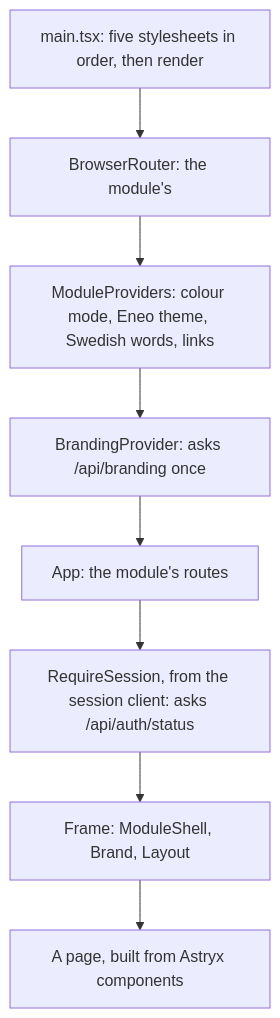
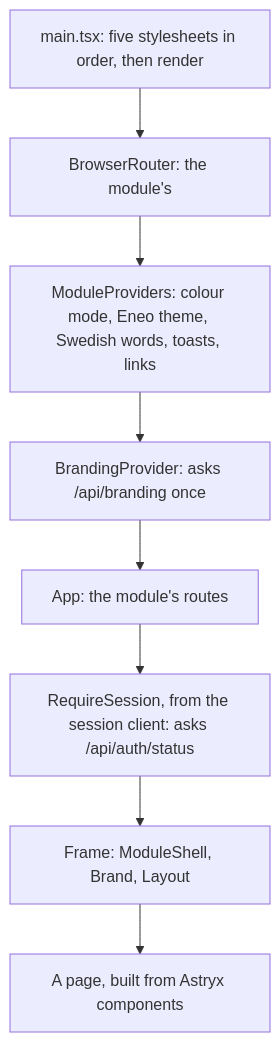
One commit to eneo-ai/eneo-module-kit changed the ninth of 14 diagrams in docs/architecture.md. Above: the diagram before and after it, drawn with Mermaid. The commit also changed 2 other files, not shown here.

Commit message:
docs: toasts in the providers, a sign-out that did not happen, and the keyboard gate

````diff
--- a/docs/architecture.md
+++ b/docs/architecture.md
@@ -237,10 +237,10 @@
 ```mermaid
 flowchart TB
   main["main.tsx: five stylesheets in order, then render"] --> router["BrowserRouter: the module's"]
-  router --> mp["ModuleProviders: colour mode, Eneo theme, Swedish words, links"]
+  router --> mp["ModuleProviders: colour mode, Eneo theme, Swedish words, toasts, links"]
   mp --> bp["BrandingProvider: asks /api/branding once"]
   bp --> app["App: the module's routes"]
   app --> rs["RequireSession, from the session client: asks /api/auth/status"]
   rs --> frame["Frame: ModuleShell, Brand, Layout"]
   frame --> page["A page, built from Astryx components"]
 ```
````
